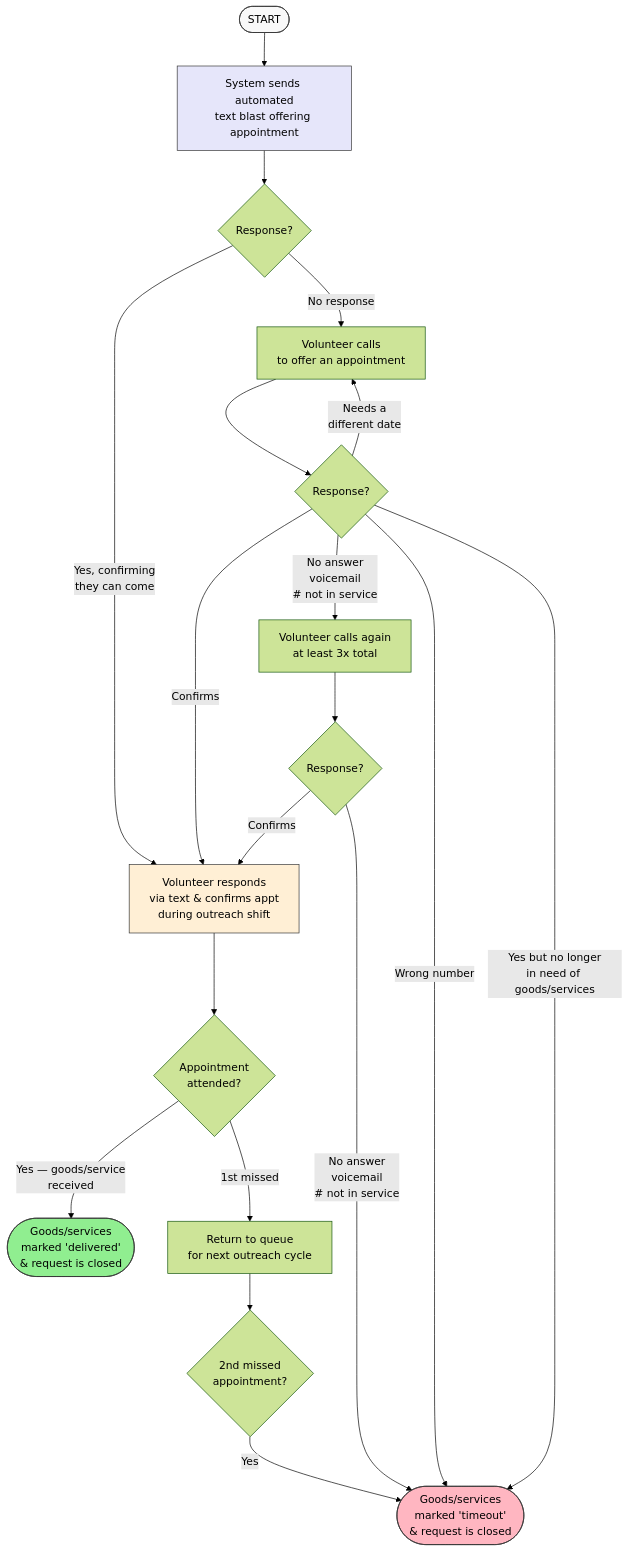
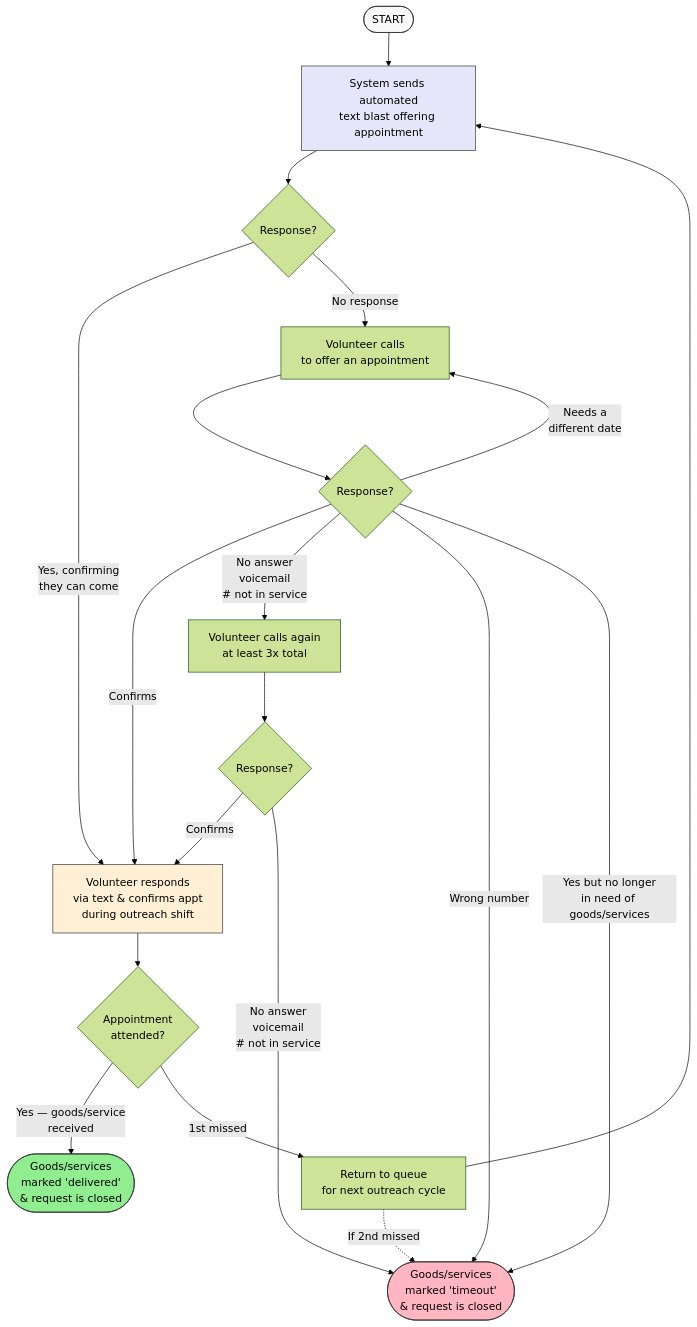
One commit to bushwickayudamutua/specs changed the third of 5 diagrams in bam-mutual-aid-spec.md. Above: the diagram before and after it, drawn with Mermaid (forest theme). The commit also changed 1 other file, not shown here.

Commit message:
Fix outreach flowchart logic and correct language count
Route missed appointments back through the outreach cycle instead of
a dead-end decision node. Update supported language count from 6 to 11
to match background documentation.

````diff
--- a/bam-mutual-aid-spec.md
+++ b/bam-mutual-aid-spec.md
@@ -330,32 +330,32 @@
 ```mermaid
 flowchart TD
     Start([START]) --> TextBlast[System sends automated<br/>text blast offering appointment]
 
     TextBlast --> Response1{Response?}
 
     Response1 -->|Yes, confirming<br/>they can come| Confirm[Volunteer responds<br/>via text & confirms appt<br/>during outreach shift]
     Response1 -->|No response| PhoneCall[Volunteer calls<br/>to offer an appointment]
 
     PhoneCall --> CallResponse{Response?}
     CallResponse -->|Confirms| Confirm
     CallResponse -->|No answer<br/>voicemail<br/># not in service| RetryCall[Volunteer calls again<br/>at least 3x total]
     CallResponse -->|Needs a<br/>different date| PhoneCall
     CallResponse -->|Wrong number| Timeout2([Goods/services<br/>marked 'timeout'<br/>& request is closed])
     CallResponse -->|Yes but no longer<br/>in need of goods/services| Timeout2
 
     RetryCall --> RetryResponse{Response?}
     RetryResponse -->|Confirms| Confirm
     RetryResponse -->|No answer<br/>voicemail<br/># not in service| Timeout2
 
     Confirm --> Appt1{Appointment<br/>attended?}
     Appt1 -->|Yes — goods/service<br/>received| Delivered([Goods/services<br/>marked 'delivered'<br/>& request is closed])
     Appt1 -->|1st missed| Queue[Return to queue<br/>for next outreach cycle]
-    Queue --> Appt2{2nd missed<br/>appointment?}
-    Appt2 -->|Yes| Timeout2
+    Queue --> TextBlast
+    Queue -.->|If 2nd missed| Timeout2
 
     style Start fill:#f9f9f9,stroke:#333
     style Delivered fill:#90EE90,stroke:#333
     style Timeout2 fill:#FFB6C1,stroke:#333
     style TextBlast fill:#E6E6FA,stroke:#333
     style Confirm fill:#FFEFD5,stroke:#333
 ```
````
